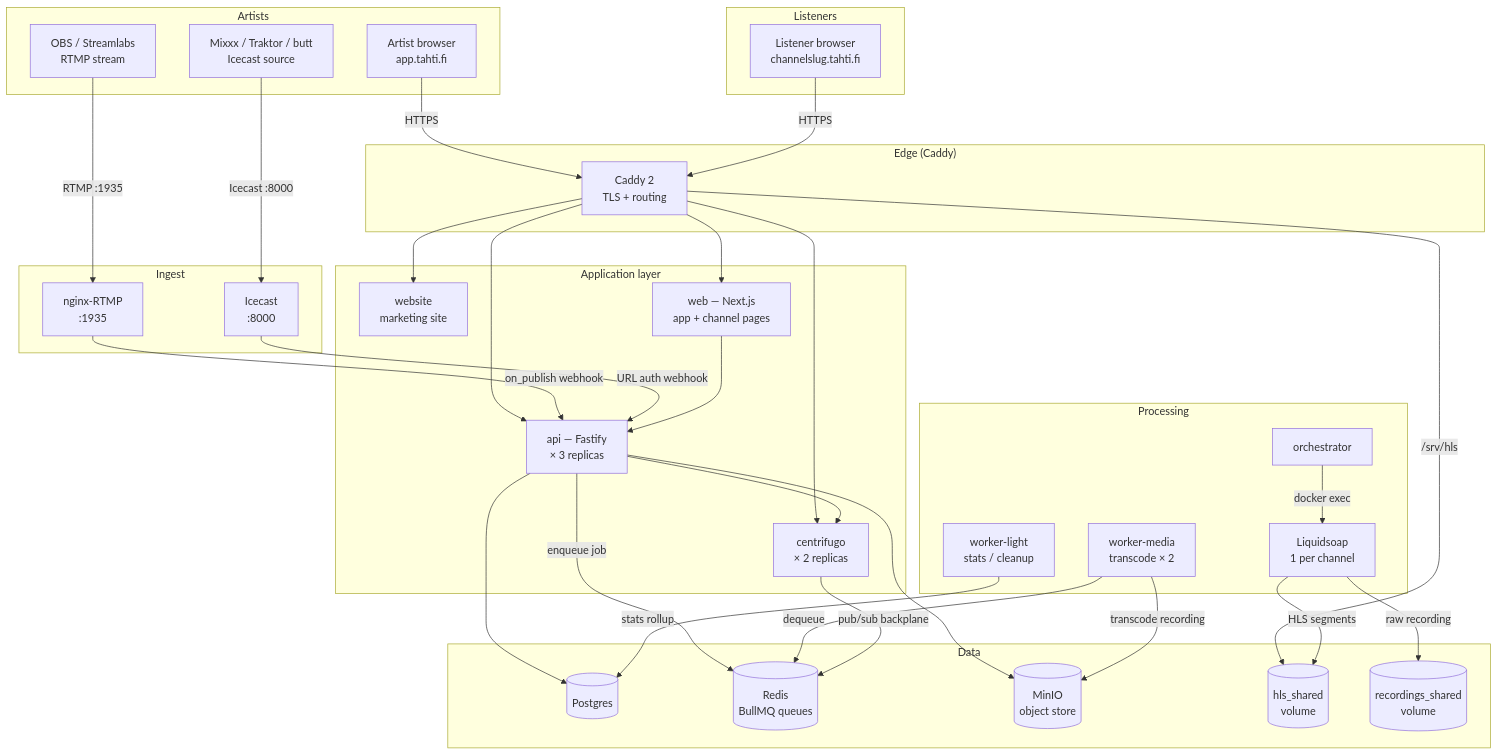
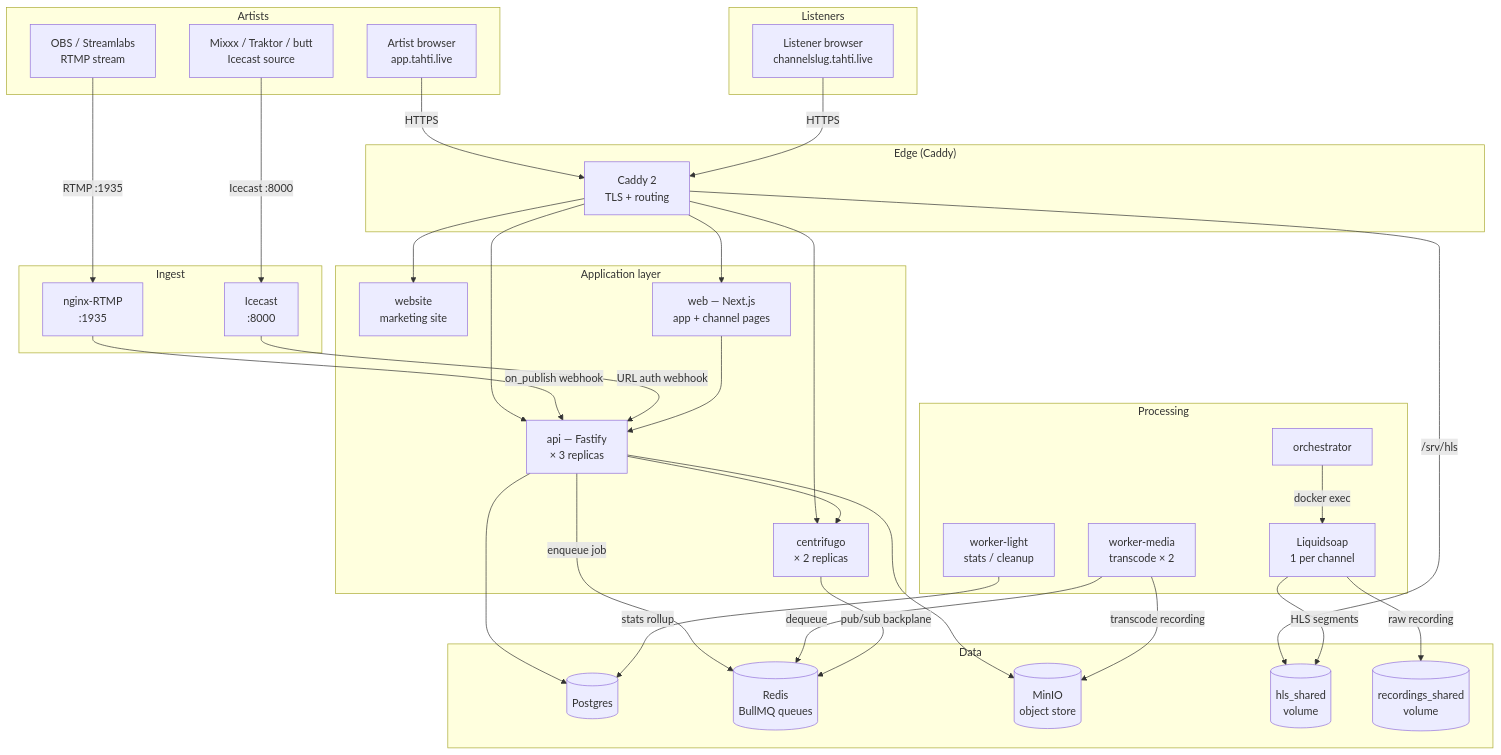
Before and after one commit to janiluuk/tahti-org: the first of 6 diagrams in docs/technical/phase-4.md, drawn with Mermaid. The commit also changed other lines of this file and 148 other files, not shown here.

First line of the commit message:
feat(m10): member governance, chat polish, domain rename to tahti.live

````diff
--- a/docs/technical/phase-4.md
+++ b/docs/technical/phase-4.md
@@ -13,72 +13,72 @@
 ```mermaid
 graph TB
     subgraph Artists
         OBS[OBS / Streamlabs\nRTMP stream]
         MX[Mixxx / Traktor / butt\nIcecast source]
-        Browser[Artist browser\napp.tahti.fi]
+        Browser[Artist browser\napp.tahti.live]
     end
 
     subgraph Listeners
-        LBrowser[Listener browser\nchannelslug.tahti.fi]
+        LBrowser[Listener browser\nchannelslug.tahti.live]
     end
 
     subgraph "Edge (Caddy)"
         Caddy[Caddy 2\nTLS + routing]
     end
 
     subgraph "Application layer"
         Website[website\nmarketing site]
         Web[web — Next.js\napp + channel pages]
         API[api — Fastify\n× 3 replicas]
         Chat[centrifugo\n× 2 replicas]
     end
 
     subgraph "Ingest"
         RTMP[nginx-RTMP\n:1935]
         IC[Icecast\n:8000]
     end
 
     subgraph "Processing"
         Orch[orchestrator]
         LS[Liquidsoap\n1 per channel]
         WM[worker-media\ntranscode × 2]
         WL[worker-light\nstats / cleanup]
     end
 
     subgraph "Data"
         PG[(Postgres)]
         RD[(Redis\nBullMQ queues)]
         MN[(MinIO\nobject store)]
         HLS[(hls_shared\nvolume)]
         REC[(recordings_shared\nvolume)]
     end
 
     OBS -- RTMP :1935 --> RTMP
     MX -- Icecast :8000 --> IC
     Browser -- HTTPS --> Caddy
     LBrowser -- HTTPS --> Caddy
 
     Caddy --> Website
     Caddy --> Web
     Caddy --> API
     Caddy --> Chat
     Caddy -- /srv/hls --> HLS
 
     RTMP -- on_publish webhook --> API
     IC -- URL auth webhook --> API
     API -- enqueue job --> RD
     API --> PG
     API --> MN
     API --> Chat
 
     Orch -- docker exec --> LS
     LS -- HLS segments --> HLS
     LS -- raw recording --> REC
 
     WM -- dequeue --> RD
     WM -- transcode recording --> MN
     WL -- stats rollup --> PG
 
     Web --> API
     Chat -- pub/sub backplane --> RD
 ```
````
